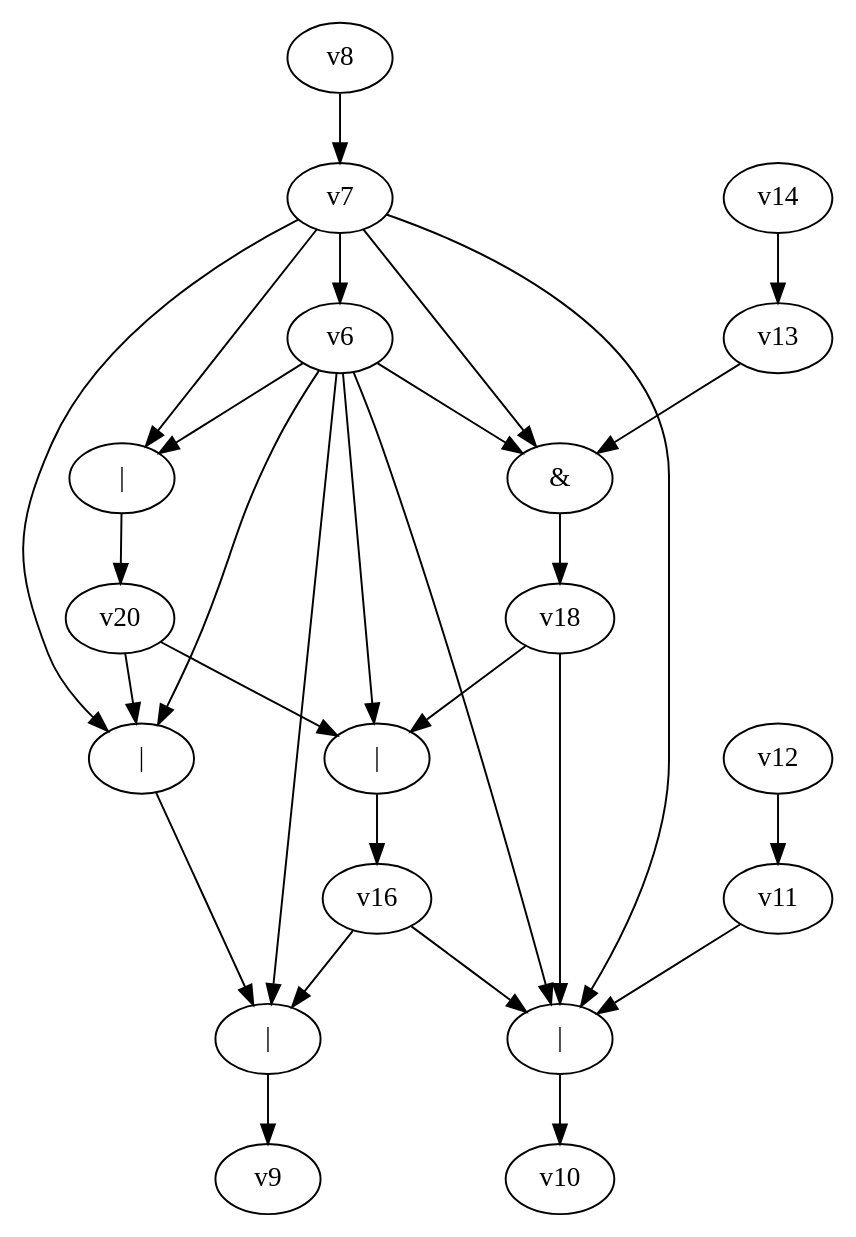
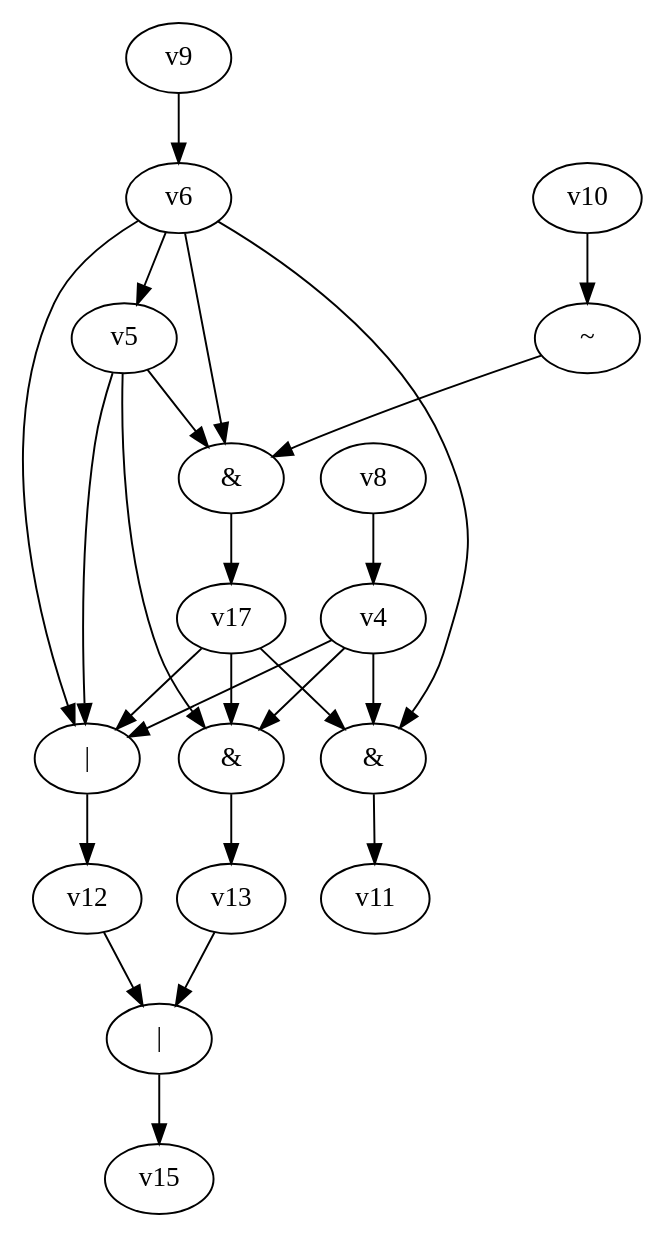
The diagram in dot_files/random_bool_circ.dot (yadej/graph_project), drawn with Graphviz before and after one commit. The commit also changed 4 other files, not shown here.

```diff
--- a/dot_files/random_bool_circ.dot
+++ b/dot_files/random_bool_circ.dot
@@ -1,33 +1,28 @@
 digraph G { 
-v0 [label="|"]; 
+v0 [label="&"]; 
 v1 [label="|"]; 
-v2 [label="|"]; 
-v15 [label="|"]; 
-v17 [label="&"]; 
-v19 [label="|"]; 
-v0 -> v9;
-v1 -> v0;
-v2 -> v10;
+v2 [label="&"]; 
+v7 [label="~"]; 
+v14 [label="|"]; 
+v16 [label="&"]; 
+v0 -> v11;
+v1 -> v12 -> v14 -> v15;
+v2 -> v13 -> v14;
+v4 -> v0;
+v4 -> v1;
+v4 -> v2;
+v5 -> v1;
+v5 -> v2;
+v5 -> v16 -> v17;
 v6 -> v0;
 v6 -> v1;
-v6 -> v2;
-v6 -> v15 -> v16;
-v6 -> v17 -> v18;
-v6 -> v19 -> v20;
-v7 -> v1;
-v7 -> v2;
-v7 -> v6;
-v7 -> v17;
-v7 -> v19;
-v8 -> v7;
-v11 -> v2;
-v12 -> v11;
-v13 -> v17;
-v14 -> v13;
-v16 -> v0;
-v16 -> v2;
-v18 -> v2;
-v18 -> v15;
-v20 -> v1;
-v20 -> v15;
+v6 -> v5;
+v6 -> v16;
+v7 -> v16;
+v8 -> v4;
+v9 -> v6;
+v10 -> v7;
+v17 -> v0;
+v17 -> v1;
+v17 -> v2;
 }
```
